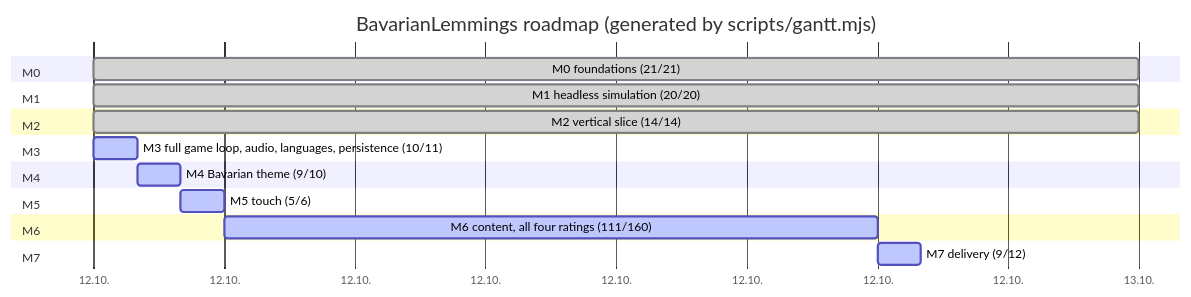
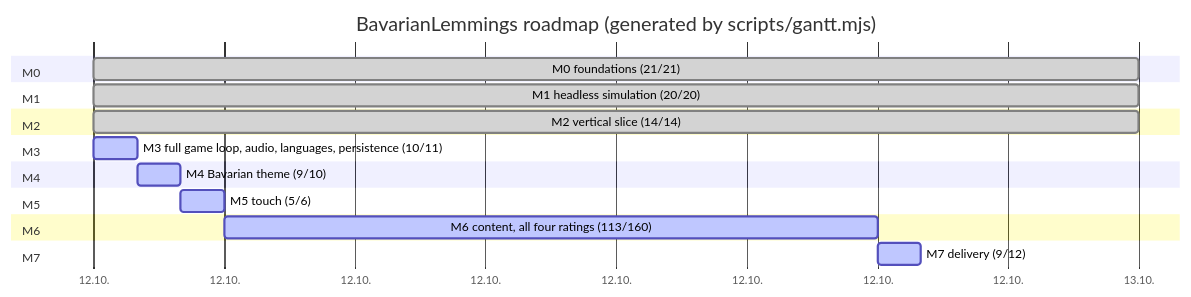
One commit to marcelpetrick/BavarianLemmings changed the diagram in plan.md. Above: the diagram before and after it, drawn with Mermaid. The commit also changed other lines of this file and 10 other files, not shown here.

````diff
--- a/plan.md
+++ b/plan.md
@@ -43,22 +43,22 @@
 ```mermaid
 gantt
     title BavarianLemmings roadmap (generated by scripts/gantt.mjs)
     dateFormat  YYYY-MM-DD
     axisFormat  %d.%m.
     section M0
     M0 foundations (21/21) :done, m0, 2026-10-12, 1d
     section M1
     M1 headless simulation (20/20) :done, m1, 2026-10-12, 1d
     section M2
     M2 vertical slice (14/14) :done, m2, 2026-10-12, 1d
     section M3
     M3 full game loop, audio, languages, persistence (10/11) :active, m3, 2026-10-12, 1h
     section M4
     M4 Bavarian theme (9/10) :active, m4, after m3, 1h
     section M5
     M5 touch (5/6) :active, m5, after m4, 1h
     section M6
-    M6 content, all four ratings (111/160) :active, m6, after m5, 15h
+    M6 content, all four ratings (113/160) :active, m6, after m5, 15h
     section M7
     M7 delivery (9/12) :active, m7, after m6, 1h
 ```
````
